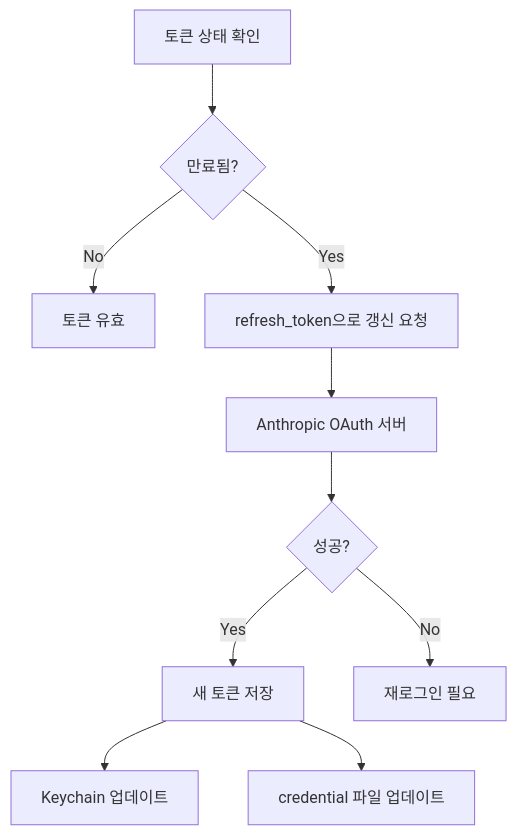
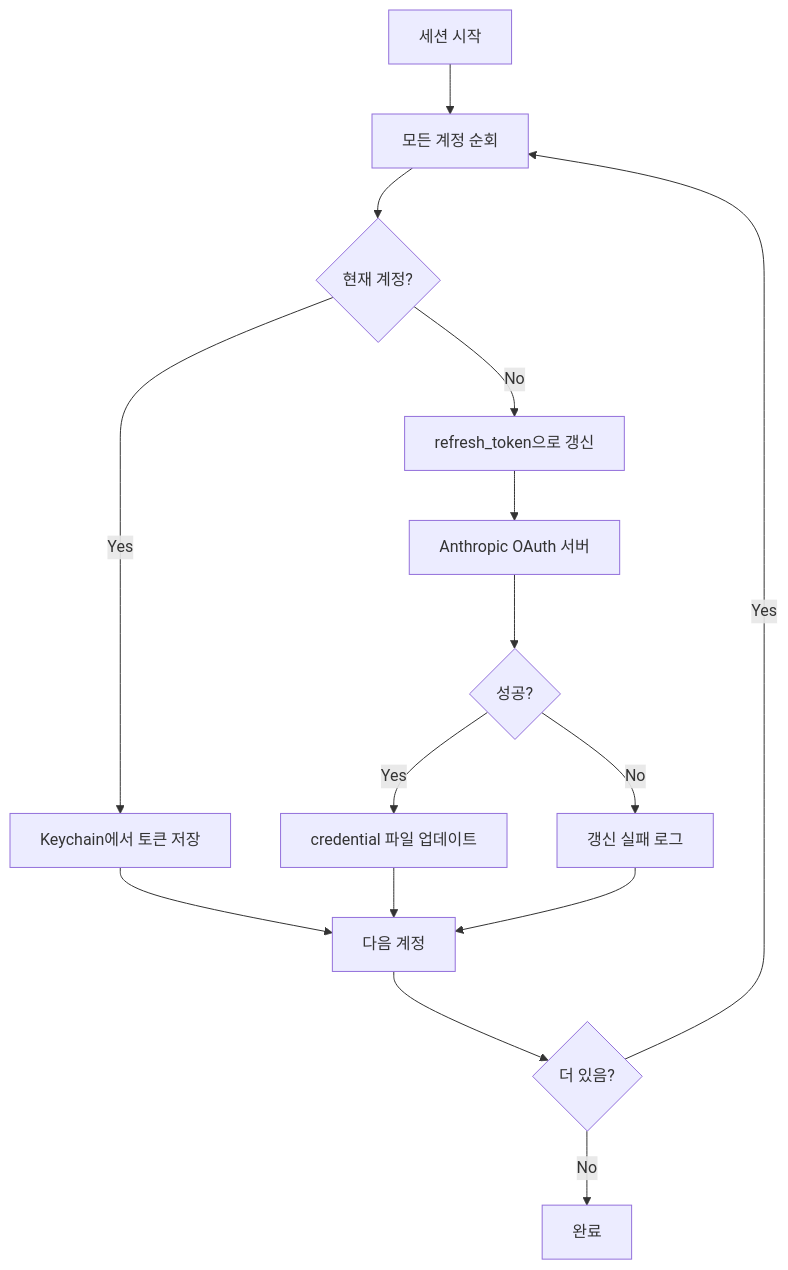
Before and after one commit to lee-ji-hoon/claude-multi-account-manager: the third of 4 diagrams in docs/ARCHITECTURE.md, drawn with Mermaid. The commit also changed other lines of this file and 1 other file, not shown here.

First line of the commit message:
feat: Always refresh all account tokens on session start

````diff
--- a/docs/ARCHITECTURE.md
+++ b/docs/ARCHITECTURE.md
@@ -131,12 +136,17 @@
 ```mermaid
 flowchart TD
-    A[토큰 상태 확인] --> B{만료됨?}
-    B -->|No| C[토큰 유효]
-    B -->|Yes| D[refresh_token으로 갱신 요청]
-    D --> E[Anthropic OAuth 서버]
-    E --> F{성공?}
-    F -->|Yes| G[새 토큰 저장]
-    F -->|No| H[재로그인 필요]
-    G --> I[Keychain 업데이트]
-    G --> J[credential 파일 업데이트]
+    A[세션 시작] --> B[모든 계정 순회]
+    B --> C{현재 계정?}
+    C -->|Yes| D[Keychain에서 토큰 저장]
+    C -->|No| E[refresh_token으로 갱신]
+    E --> F[Anthropic OAuth 서버]
+    F --> G{성공?}
+    G -->|Yes| H[credential 파일 업데이트]
+    G -->|No| I[갱신 실패 로그]
+    D --> J[다음 계정]
+    H --> J
+    I --> J
+    J --> K{더 있음?}
+    K -->|Yes| B
+    K -->|No| L[완료]
 ```
````
